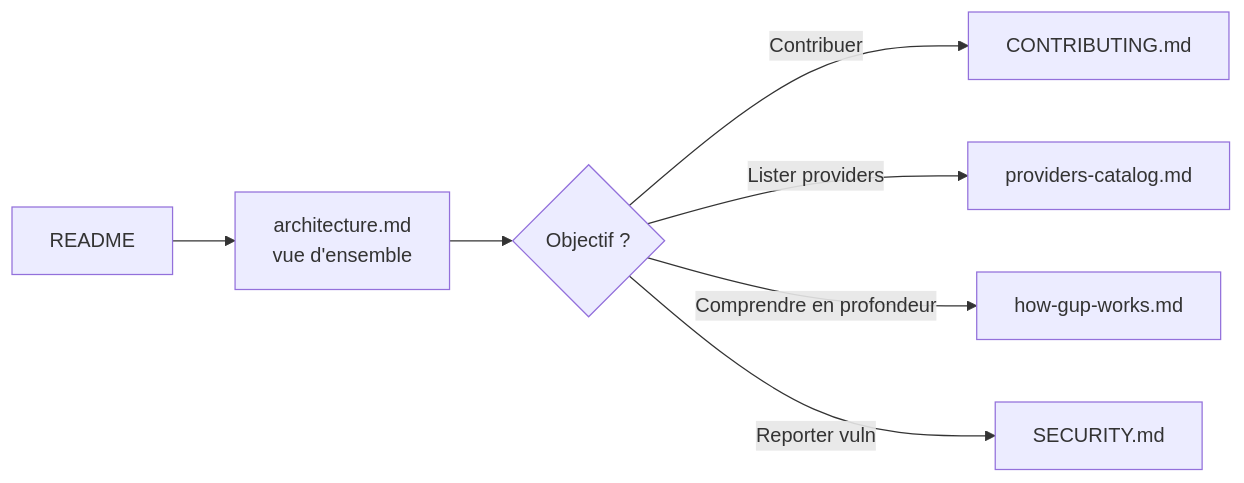
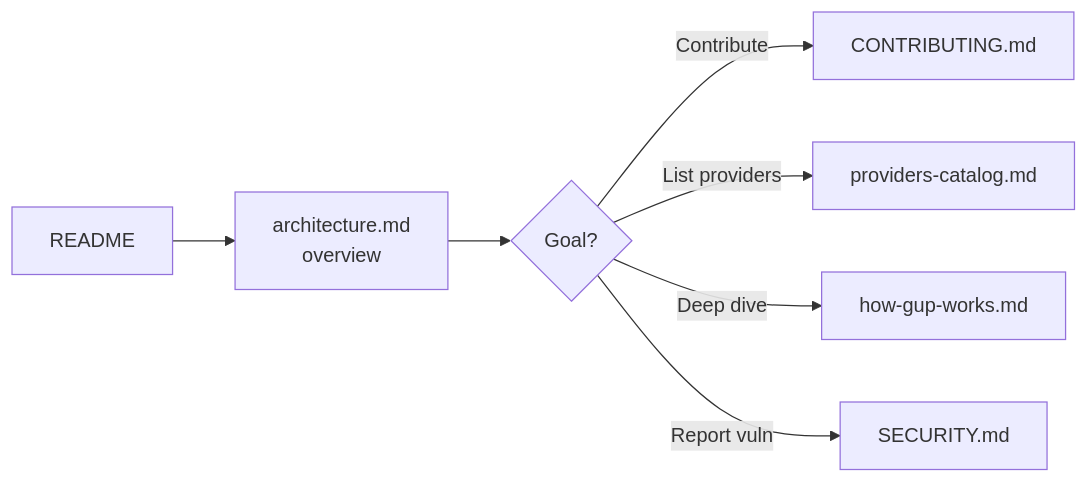
Before and after one commit to LINDECKER-Charles/gup: the diagram in docs/README.md, drawn with Mermaid. The commit also changed other lines of this file and 5 other files, not shown here.

````diff
--- a/docs/README.md
+++ b/docs/README.md
@@ -22,9 +22,9 @@
 ```mermaid
 flowchart LR
-    A[README] --> B[architecture.md<br/>vue d'ensemble]
-    B --> C{Objectif ?}
-    C -->|Contribuer| D[CONTRIBUTING.md]
-    C -->|Lister providers| E[providers-catalog.md]
-    C -->|Comprendre en profondeur| G[how-gup-works.md]
-    C -->|Reporter vuln| F[SECURITY.md]
+    A[README] --> B[architecture.md<br/>overview]
+    B --> C{Goal?}
+    C -->|Contribute| D[CONTRIBUTING.md]
+    C -->|List providers| E[providers-catalog.md]
+    C -->|Deep dive| G[how-gup-works.md]
+    C -->|Report vuln| F[SECURITY.md]
 ```
````
